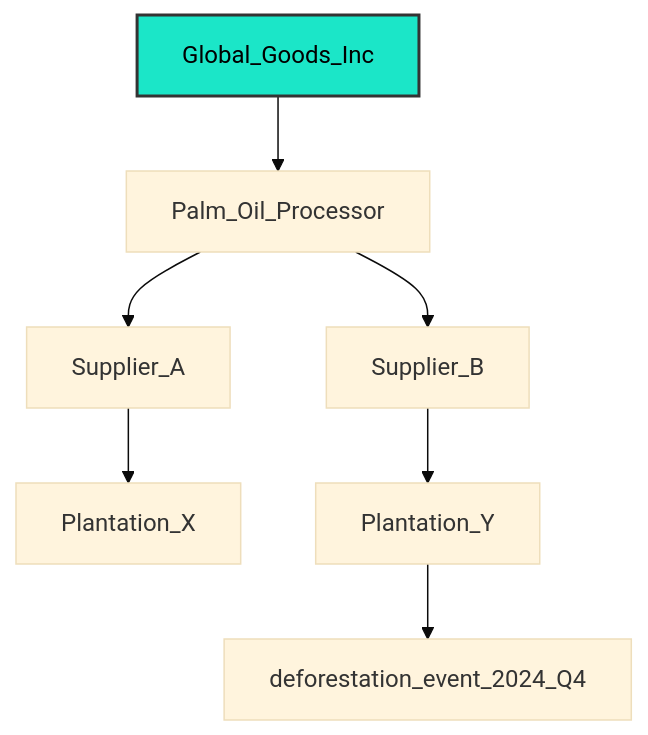
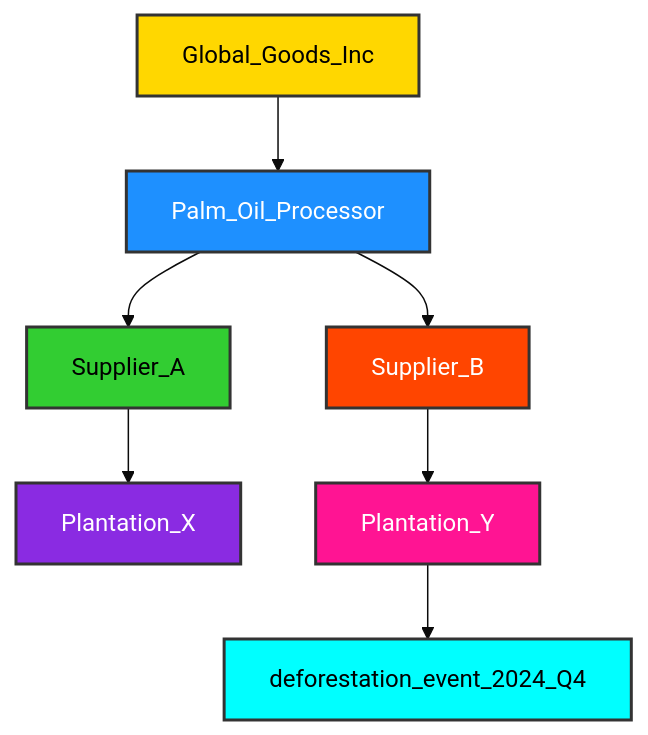
Before and after one commit to ikko/sym: the second of 5 diagrams in docs/readme_details/12_example_use/index.md, drawn with Mermaid (base theme). The commit also changed other lines of this file and 10 other files, not shown here.

````diff
--- a/docs/readme_details/12_example_use/index.md
+++ b/docs/readme_details/12_example_use/index.md
@@ -77,13 +88,17 @@
 ```mermaid
 graph TD
     A[Global_Goods_Inc] --> B[Palm_Oil_Processor];
     B --> C[Supplier_A];
     B --> D[Supplier_B];
     C --> E[Plantation_X];
     D --> F[Plantation_Y];
     F --> G[deforestation_event_2024_Q4];
 
-    style A fill:#1be6c8,stroke:#333,stroke-width:2px,color:#000000;
-
-    style A fill:#1be6c8,stroke:#333,stroke-width:2px,color:#000000;
+    style A fill:#FFD700,stroke:#333,stroke-width:2px,color:#000000;
+    style B fill:#1E90FF,stroke:#333,stroke-width:2px,color:#FFFFFF;
+    style C fill:#32CD32,stroke:#333,stroke-width:2px,color:#000000;
+    style D fill:#FF4500,stroke:#333,stroke-width:2px,color:#FFFFFF;
+    style E fill:#8A2BE2,stroke:#333,stroke-width:2px,color:#FFFFFF;
+    style F fill:#FF1493,stroke:#333,stroke-width:2px,color:#FFFFFF;
+    style G fill:#00FFFF,stroke:#333,stroke-width:2px,color:#000000;
 ```
````
